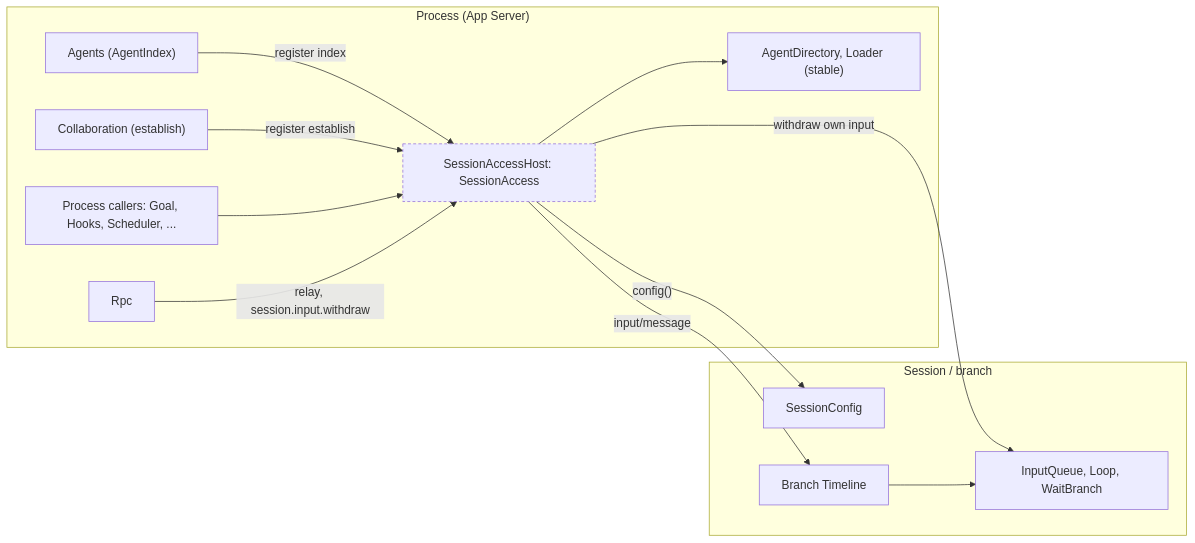
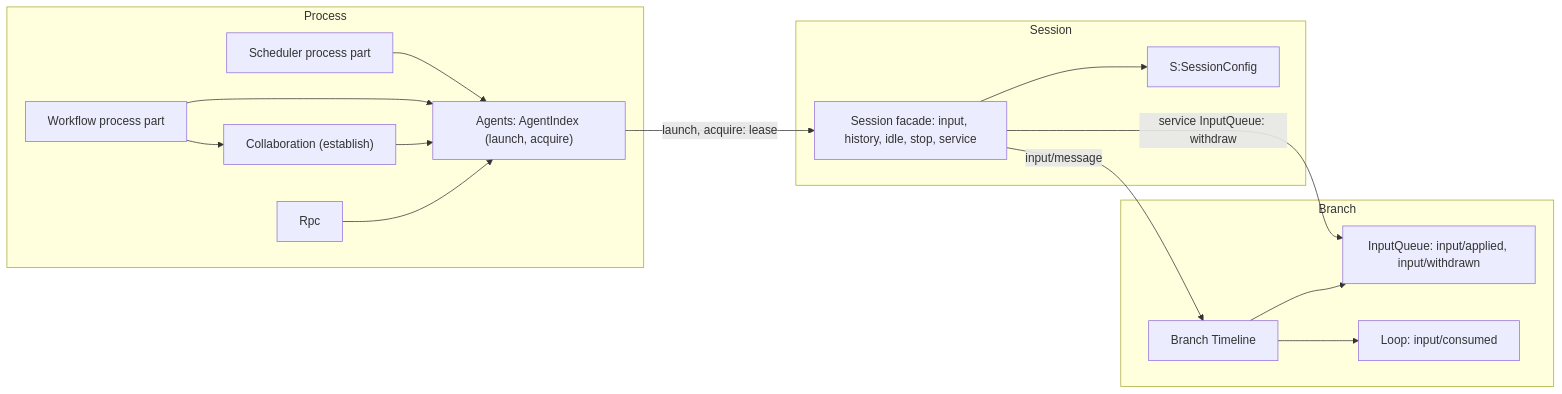
One commit to CoutinhoTTS/dim-agent changed the first of 3 diagrams in docs/design/contracts/session-access.md. Above: the diagram before and after it, drawn with Mermaid. The commit also changed other lines of this file and 16 other files, not shown here.

````diff
--- a/docs/design/contracts/session-access.md
+++ b/docs/design/contracts/session-access.md
@@ -9,26 +19,30 @@
 ```mermaid
 flowchart LR
-  subgraph PROC["Process (App Server)"]
-    Dir["AgentDirectory, Loader (stable)"]
-    Host["SessionAccessHost: SessionAccess"]:::contract
-    Agents["Agents (AgentIndex)"]
+  subgraph PROC["Process"]
+    Agents["Agents: AgentIndex (launch, acquire)"]
     Coll["Collaboration (establish)"]
+    Sched["Scheduler process part"]
+    Wf["Workflow process part"]
     Rpc["Rpc"]
-    Callers["Process callers: Goal, Hooks, Scheduler, ..."]
   end
-  subgraph SESS["Session / branch"]
-    SC["SessionConfig"]
-    IQ["InputQueue, Loop, WaitBranch"]
+  subgraph SESS["Session"]
+    SC["S:SessionConfig"]
+    Fac["Session facade: input, history, idle, stop, service"]
+  end
+  subgraph BR["Branch"]
+    IQ["InputQueue: input/applied, input/withdrawn"]
+    LP["Loop: input/consumed"]
     TL["Branch Timeline"]
   end
-  Host --> Dir
-  Agents -->|"register index"| Host
-  Coll -->|"register establish"| Host
-  Callers --> Host
-  Rpc -->|"relay, session.input.withdraw"| Host
-  Host -->|"config()"| SC
-  Host -->|"input/message"| TL
-  Host -->|"withdraw own input"| IQ
+  Sched --> Agents
+  Wf --> Agents
+  Wf --> Coll
+  Coll --> Agents
+  Rpc --> Agents
+  Agents -->|"launch, acquire: lease"| Fac
+  Fac --> SC
+  Fac -->|"input/message"| TL
+  Fac -->|"service InputQueue: withdraw"| IQ
   TL --> IQ
-  classDef contract stroke-dasharray:4 3
+  TL --> LP
 ```
````
